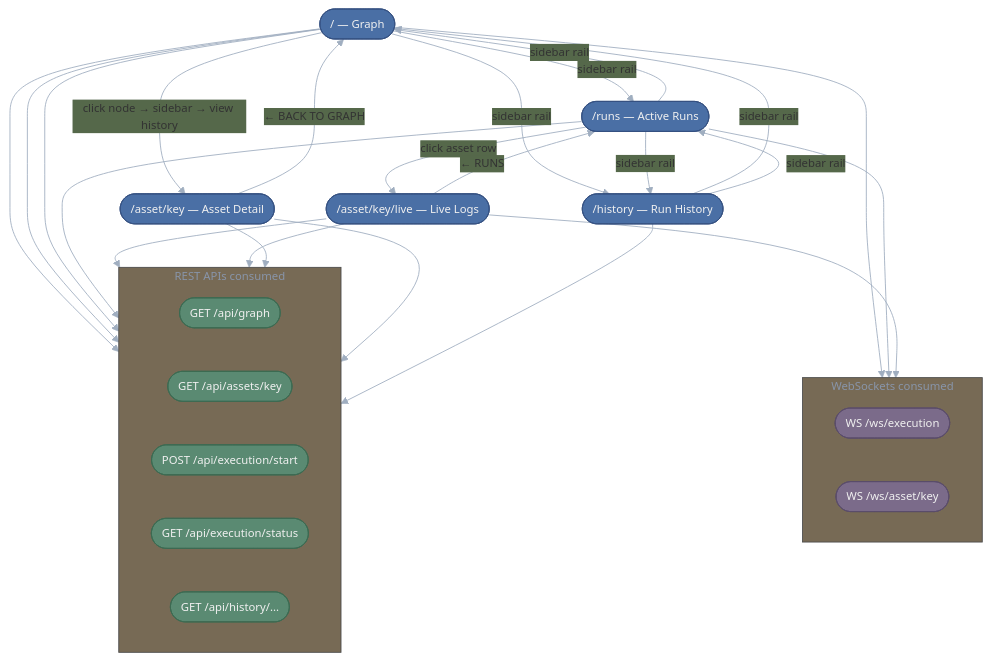
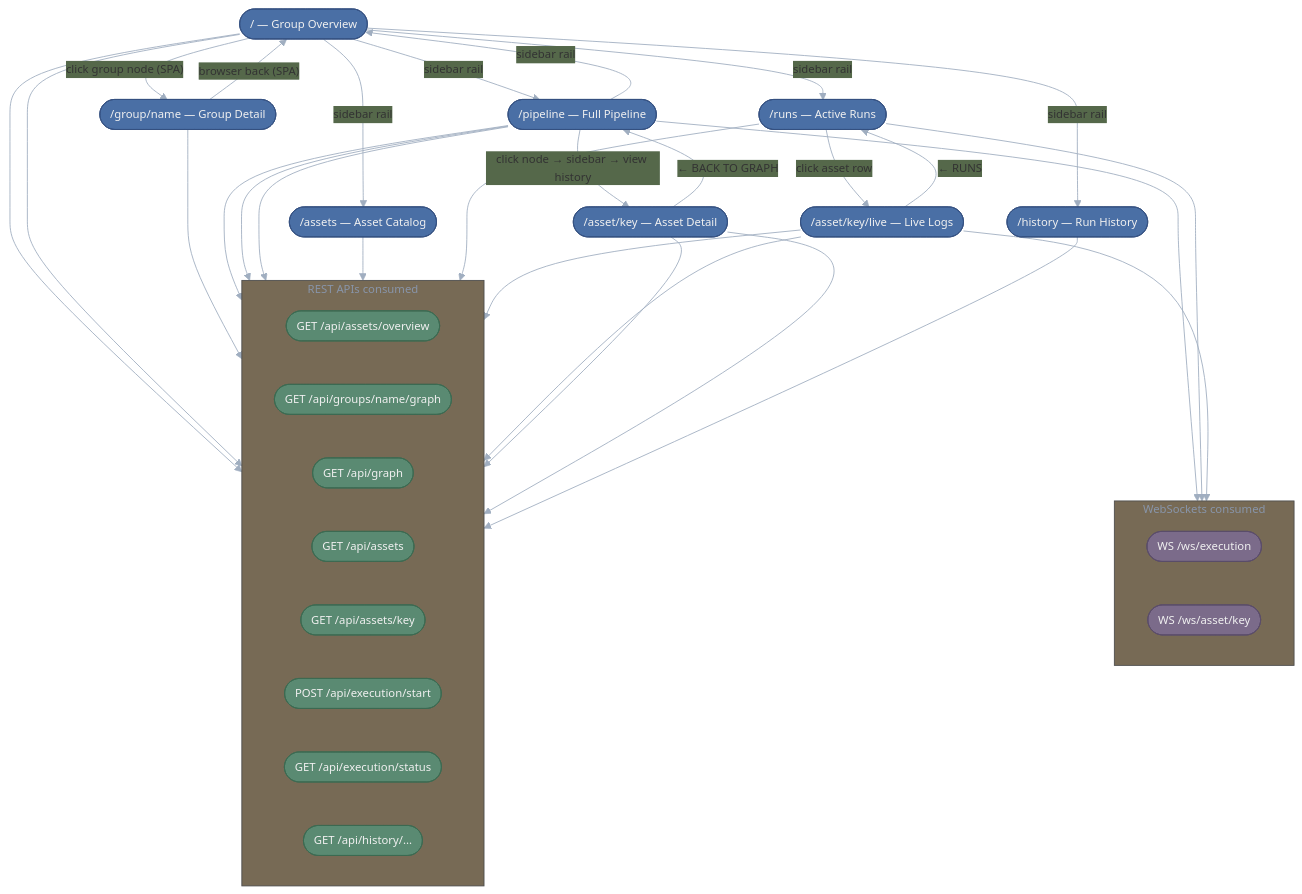
One commit to cooksterj/lattice changed the fourth of 4 diagrams in docs/web_architecture.md. Above: the diagram before and after it, drawn with Mermaid. The commit also changed other lines of this file, not shown here.

First line of the commit message:
docs(web): update architecture doc for group overview and catalog pages

````diff
--- a/docs/web_architecture.md
+++ b/docs/web_architecture.md
@@ -645,53 +767,64 @@
 ```mermaid
 %%{init: {'theme': 'base', 'themeVariables': {'primaryColor': '#4a5568', 'lineColor': '#a0aec0', 'fontSize': '13px'}}}%%
 flowchart TD
     classDef page fill:#4a6fa5,stroke:#345080,color:#f0f0f0,rx:8,ry:8
     classDef api fill:#5a8a72,stroke:#3d6b52,color:#f0f0f0,rx:8,ry:8
     classDef wsbox fill:#7b6b8a,stroke:#5a4d6b,color:#f0f0f0,rx:8,ry:8
 
-    index(["/ — Graph"]):::page
+    groups(["/ — Group Overview"]):::page
+    group_detail(["/group/name — Group Detail"]):::page
+    pipeline(["/pipeline — Full Pipeline"]):::page
+    assets_catalog(["/assets — Asset Catalog"]):::page
     runs(["/runs — Active Runs"]):::page
     history(["/history — Run History"]):::page
     detail(["/asset/key — Asset Detail"]):::page
     live(["/asset/key/live — Live Logs"]):::page
 
-    index -->|"sidebar rail"| runs
-    index -->|"sidebar rail"| history
-    runs -->|"sidebar rail"| index
-    runs -->|"sidebar rail"| history
-    history -->|"sidebar rail"| index
-    history -->|"sidebar rail"| runs
+    groups -->|"sidebar rail"| pipeline
+    groups -->|"sidebar rail"| runs
+    groups -->|"sidebar rail"| history
+    groups -->|"sidebar rail"| assets_catalog
+    groups -->|"click group node (SPA)"| group_detail
+    group_detail -->|"browser back (SPA)"| groups
 
-    index -->|"click node → sidebar → view history"| detail
-    detail -->|"← BACK TO GRAPH"| index
+    pipeline -->|"sidebar rail"| groups
+    pipeline -->|"click node → sidebar → view history"| detail
+    detail -->|"← BACK TO GRAPH"| pipeline
     runs -->|"click asset row"| live
     live -->|"← RUNS"| runs
 
     subgraph REST [" REST APIs consumed "]
         direction LR
+        api_overview(["GET /api/assets/overview"]):::api
+        api_group_graph(["GET /api/groups/name/graph"]):::api
         api_graph(["GET /api/graph"]):::api
+        api_assets_list(["GET /api/assets"]):::api
         api_assets(["GET /api/assets/key"]):::api
         api_exec(["POST /api/execution/start"]):::api
         api_status(["GET /api/execution/status"]):::api
         api_history(["GET /api/history/..."]):::api
     end
 
     subgraph LIVE_WS [" WebSockets consumed "]
         direction LR
         ws_exec_ep(["WS /ws/execution"]):::wsbox
         ws_asset_ep(["WS /ws/asset/key"]):::wsbox
     end
 
-    index --> api_graph
-    index --> api_assets
-    index --> api_exec
-    index --> ws_exec_ep
+    groups --> api_overview
+    groups --> api_group_graph
+    group_detail --> api_group_graph
+    pipeline --> api_graph
+    pipeline --> api_assets
+    pipeline --> api_exec
+    pipeline --> ws_exec_ep
+    assets_catalog --> api_assets_list
     runs --> api_status
     runs --> ws_exec_ep
     live --> api_assets
     live --> api_status
     live --> ws_asset_ep
     detail --> api_assets
     detail --> api_history
     history --> api_history
 ```
````
